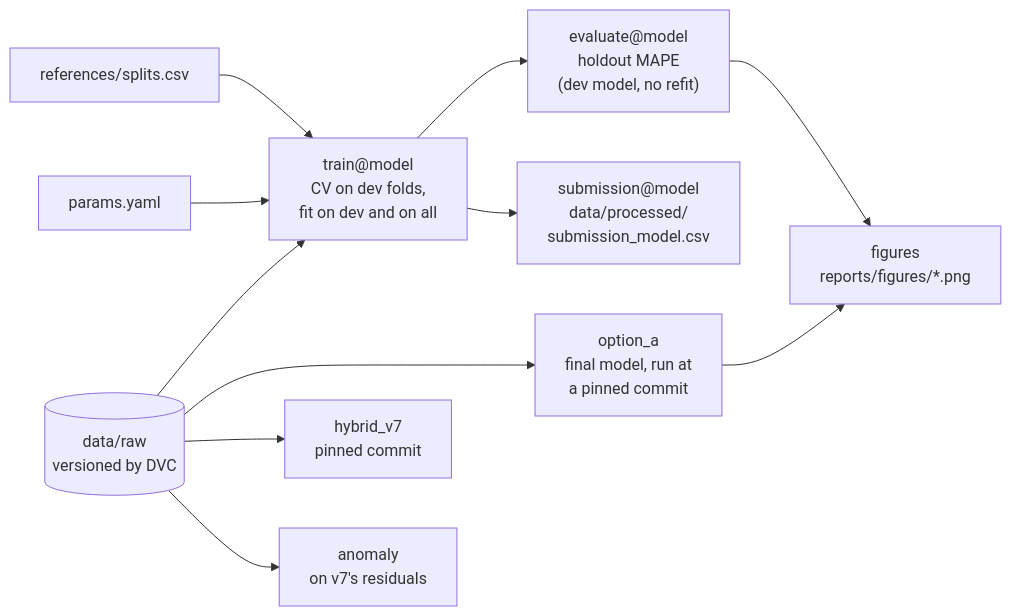
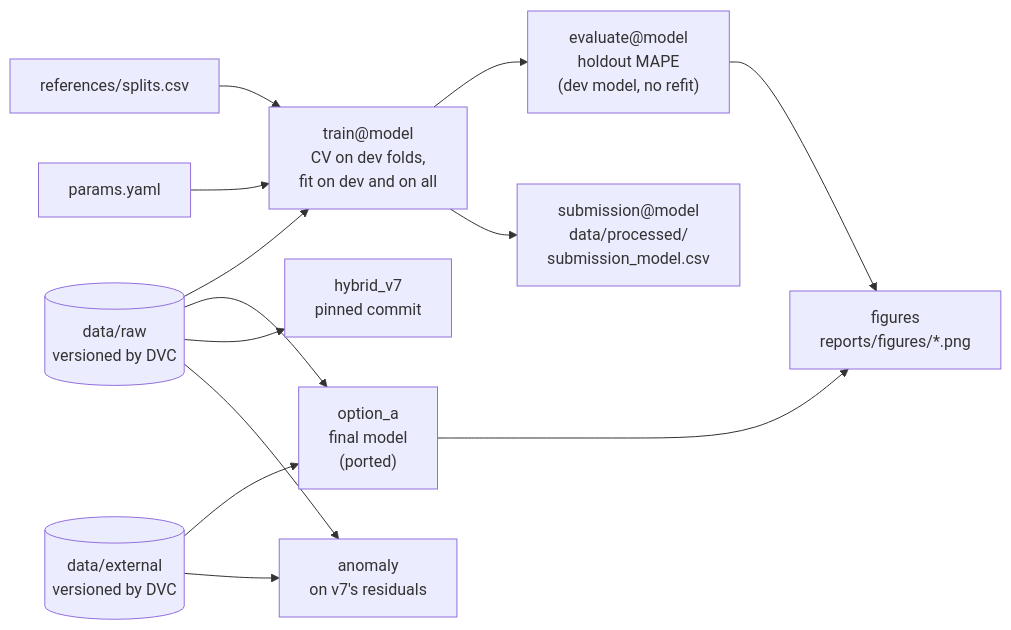
The diagram in bioreactor_decoding/docs/mlops.md (SwissDataScienceCenter/SDSC-STEM4Health-group15), drawn with Mermaid before and after one commit. The commit also changed other lines of this file and 26 other files, not shown here.

````diff
--- a/bioreactor_decoding/docs/mlops.md
+++ b/bioreactor_decoding/docs/mlops.md
@@ -8,13 +8,15 @@
 ```mermaid
 flowchart LR
     raw[(data/raw<br/>versioned by DVC)] --> train
     splits[references/splits.csv] --> train
     params[params.yaml] --> train
     train["train@model<br/>CV on dev folds,<br/>fit on dev and on all"] --> evaluate["evaluate@model<br/>holdout MAPE<br/>(dev model, no refit)"]
     train --> submission["submission@model<br/>data/processed/<br/>submission_model.csv"]
     evaluate --> figures["figures<br/>reports/figures/*.png"]
-    raw --> option_a["option_a<br/>final model, run at<br/>a pinned commit"]
+    raw --> option_a["option_a<br/>final model<br/>(ported)"]
+    ext[(data/external<br/>versioned by DVC)] --> option_a
+    ext --> anomaly
     option_a --> figures
     raw --> v7["hybrid_v7<br/>pinned commit"]
     raw --> anomaly["anomaly<br/>on v7's residuals"]
 ```
````
